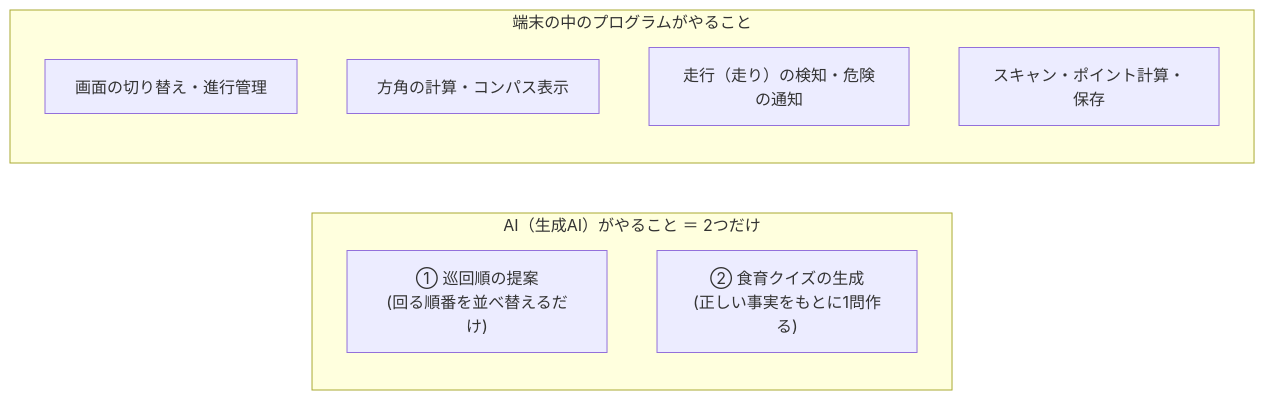
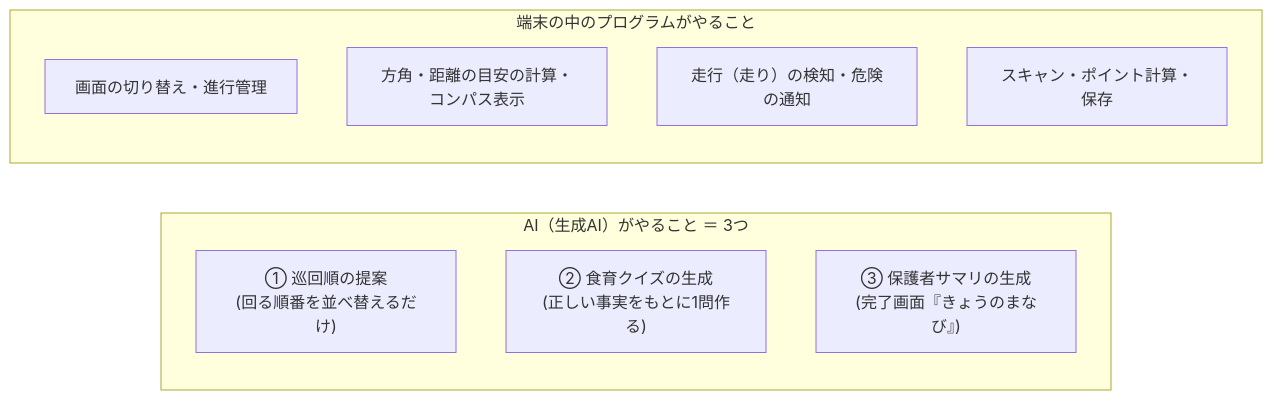
Before and after one commit to hiroyuki-rdx/hatonavi: the first of 15 diagrams in docs/発表_開発解説/教科書_鳩ナビ開発入門.md, drawn with Mermaid. The commit also changed other lines of this file and 13 other files, not shown here.

````diff
--- a/docs/発表_開発解説/教科書_鳩ナビ開発入門.md
+++ b/docs/発表_開発解説/教科書_鳩ナビ開発入門.md
@@ -77,13 +77,14 @@
 ```mermaid
 flowchart LR
-  subgraph AI["AI（生成AI）がやること ＝ 2つだけ"]
+  subgraph AI["AI（生成AI）がやること ＝ 3つ"]
     A1["① 巡回順の提案<br/>(回る順番を並べ替えるだけ)"]
     A2["② 食育クイズの生成<br/>(正しい事実をもとに1問作る)"]
+    A3["③ 保護者サマリの生成<br/>(完了画面『きょうのまなび』)"]
   end
   subgraph LOCAL["端末の中のプログラムがやること"]
     L1["画面の切り替え・進行管理"]
-    L2["方角の計算・コンパス表示"]
+    L2["方角・距離の目安の計算・コンパス表示"]
     L3["走行（走り）の検知・危険の通知"]
     L4["スキャン・ポイント計算・保存"]
   end
 ```
````
